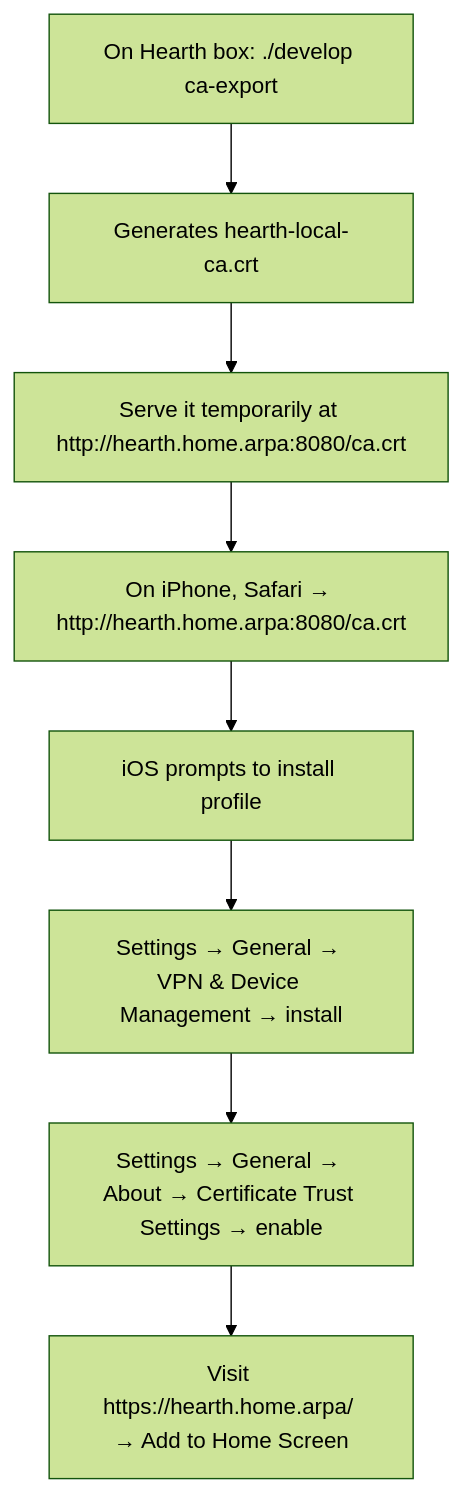
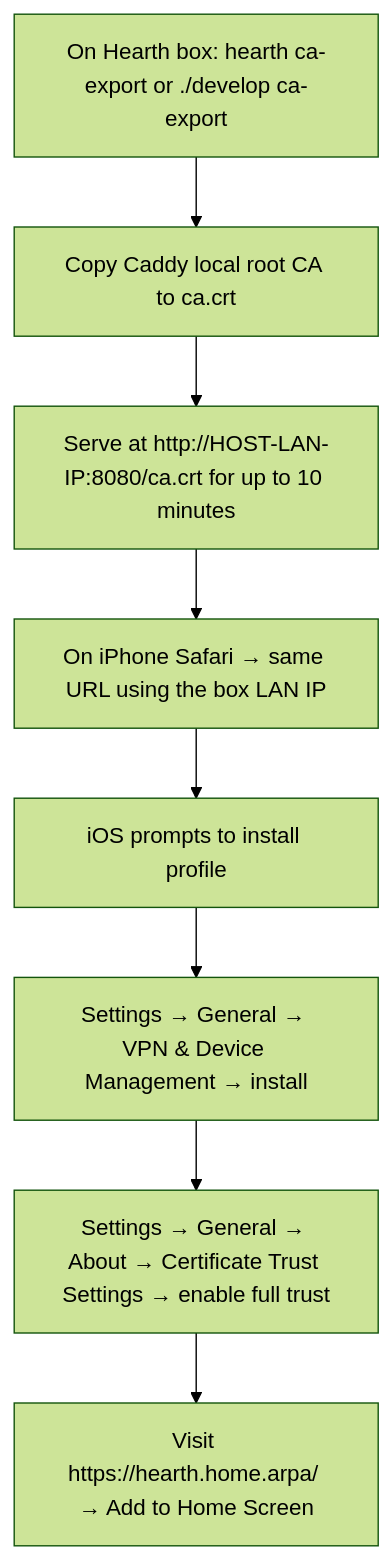
One commit to mcelhennyi/hearth changed the first of 3 diagrams in docs/design/deployment.md. Above: the diagram before and after it, drawn with Mermaid (forest theme). The commit also changed other lines of this file and 18 other files, not shown here.

First line of the commit message:
feat(FR-0002): closeout — report, SETUP, hearth ca-export/pwa, install PWA stack

````diff
--- a/docs/design/deployment.md
+++ b/docs/design/deployment.md
@@ -66,11 +66,11 @@
 ```mermaid
 flowchart TD
-  A[On Hearth box: ./develop ca-export]
-  --> B[Generates hearth-local-ca.crt]
-  --> C[Serve it temporarily at http://hearth.home.arpa:8080/ca.crt]
-  --> D[On iPhone, Safari → http://hearth.home.arpa:8080/ca.crt]
+  A[On Hearth box: hearth ca-export or ./develop ca-export]
+  --> B[Copy Caddy local root CA to ca.crt]
+  --> C[Serve at http://HOST-LAN-IP:8080/ca.crt for up to 10 minutes]
+  --> D[On iPhone Safari → same URL using the box LAN IP]
   --> E[iOS prompts to install profile]
   --> F[Settings → General → VPN & Device Management → install]
-  --> G[Settings → General → About → Certificate Trust Settings → enable]
+  --> G[Settings → General → About → Certificate Trust Settings → enable full trust]
   --> H[Visit https://hearth.home.arpa/ → Add to Home Screen]
 ```
````
